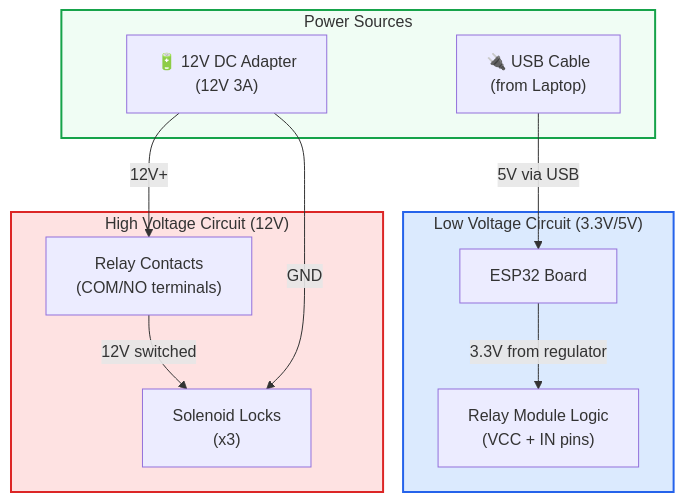
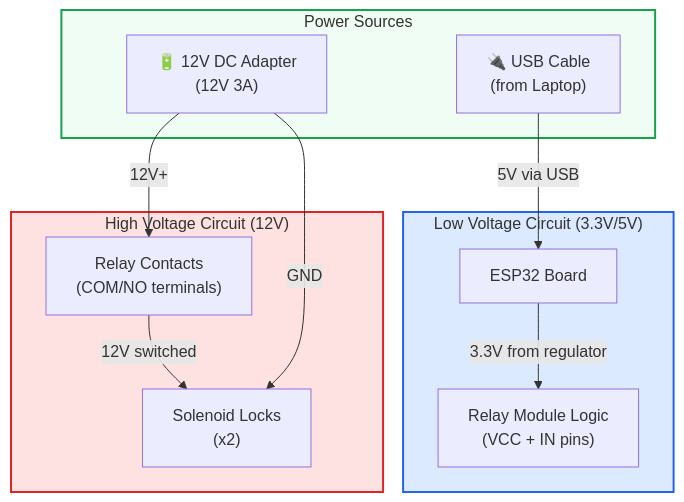
One commit to ermaasofia/SmartParcelLockerSystem changed the eighth of 9 diagrams in wiring.md. Above: the diagram before and after it, drawn with Mermaid. The commit also changed other lines of this file and 3 other files, not shown here.

````diff
--- a/wiring.md
+++ b/wiring.md
@@ -441,27 +386,27 @@
 ```mermaid
 graph TD
     subgraph POWER ["Power Sources"]
         USB["🔌 USB Cable<br/>(from Laptop)"]
         PSU["🔋 12V DC Adapter<br/>(12V 3A)"]
     end
 
     subgraph LOW ["Low Voltage Circuit (3.3V/5V)"]
         ESP["ESP32 Board"]
         RL["Relay Module Logic<br/>(VCC + IN pins)"]
     end
 
     subgraph HIGH ["High Voltage Circuit (12V)"]
         RC["Relay Contacts<br/>(COM/NO terminals)"]
-        SOL["Solenoid Locks<br/>(x3)"]
+        SOL["Solenoid Locks<br/>(x2)"]
     end
 
     USB -->|"5V via USB"| ESP
     ESP -->|"3.3V from regulator"| RL
     PSU -->|"12V+"| RC
     RC -->|"12V switched"| SOL
     PSU -->|"GND"| SOL
 
     style POWER fill:#f0fdf4,stroke:#16a34a,stroke-width:2px
     style LOW fill:#dbeafe,stroke:#2563eb,stroke-width:2px
     style HIGH fill:#fee2e2,stroke:#dc2626,stroke-width:2px
 ```
````
